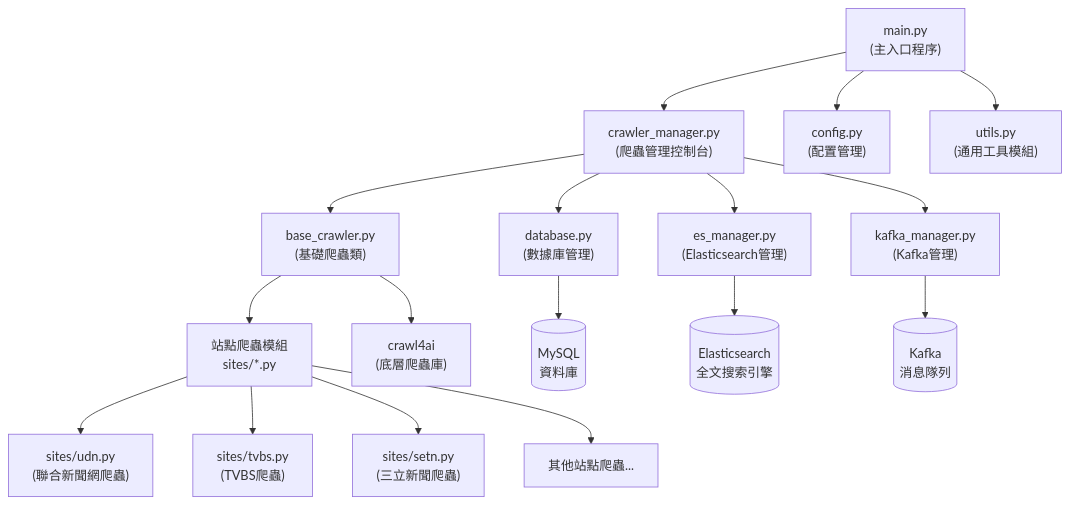
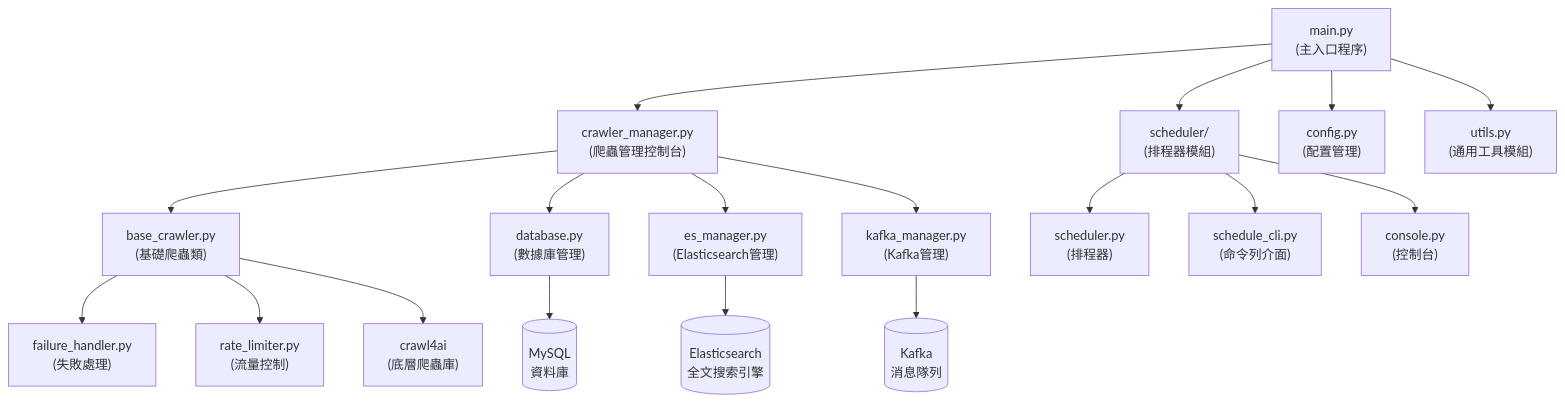
Before and after one commit to coltoreg/crawl: the first of 2 diagrams in README.md, drawn with Mermaid. The commit also changed other lines of this file, not shown here.

````diff
--- a/README.md
+++ b/README.md
@@ -203,23 +324,26 @@
 ```mermaid
 flowchart TB
     Main["main.py\n(主入口程序)"] --> CrawlerManager["crawler_manager.py\n(爬蟲管理控制台)"]
+    Main --> SchedulerModule["scheduler/\n(排程器模組)"]
+    
     CrawlerManager --> BaseCrawler["base_crawler.py\n(基礎爬蟲類)"]
     CrawlerManager --> Database["database.py\n(數據庫管理)"]
     CrawlerManager --> ESManager["es_manager.py\n(Elasticsearch管理)"]
     CrawlerManager --> KafkaManager["kafka_manager.py\n(Kafka管理)"]
     
+    BaseCrawler --> FailureHandler["failure_handler.py\n(失敗處理)"]
+    BaseCrawler --> RateLimiter["rate_limiter.py\n(流量控制)"]
+    
     Main --> Config["config.py\n(配置管理)"]
     Main --> Utils["utils.py\n(通用工具模組)"]
     
-    BaseCrawler --> SiteCrawlers["站點爬蟲模組\nsites/*.py"]
-    SiteCrawlers --> UDN["sites/udn.py\n(聯合新聞網爬蟲)"]
-    SiteCrawlers --> TVBS["sites/tvbs.py\n(TVBS爬蟲)"]
-    SiteCrawlers --> SETN["sites/setn.py\n(三立新聞爬蟲)"]
-    SiteCrawlers --> OtherSites["其他站點爬蟲..."]
+    SchedulerModule --> Scheduler["scheduler.py\n(排程器)"]
+    SchedulerModule --> ScheduleCLI["schedule_cli.py\n(命令列介面)"]
+    SchedulerModule --> Console["console.py\n(控制台)"]
     
     BaseCrawler --> Crawl4AI["crawl4ai\n(底層爬蟲庫)"]
     
     Database --> MySQL[(MySQL\n資料庫)]
     ESManager --> Elasticsearch[(Elasticsearch\n全文搜索引擎)]
     KafkaManager --> Kafka[(Kafka\n消息隊列)]
 ```
````
